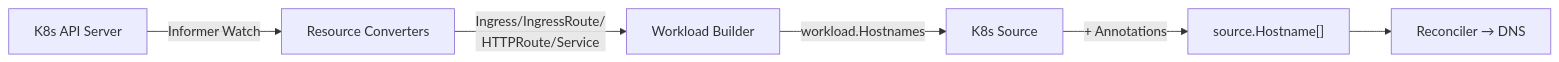
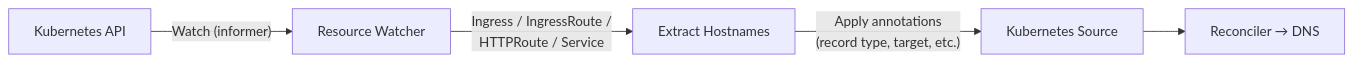
Before and after one commit to AnotherGenZ/dnsweaver: the diagram in docs/sources/kubernetes.md, drawn with Mermaid. The commit also changed 13 other files, not shown here.

````diff
--- a/docs/sources/kubernetes.md
+++ b/docs/sources/kubernetes.md
@@ -13,8 +13,7 @@
 ```mermaid
 flowchart LR
-    A["K8s API Server"] -->|"Informer Watch"| B["Resource Converters"]
-    B -->|"Ingress/IngressRoute/<br/>HTTPRoute/Service"| C["Workload Builder"]
-    C -->|"workload.Hostnames"| D["K8s Source"]
-    D -->|"+ Annotations"| E["source.Hostname[]"]
-    E --> F["Reconciler → DNS"]
+    A["Kubernetes API"] -->|"Watch (informer)"| B["Resource Watcher"]
+    B -->|"Ingress / IngressRoute /<br/>HTTPRoute / Service"| C["Extract Hostnames"]
+    C -->|"Apply annotations<br/>(record type, target, etc.)"| D["Kubernetes Source"]
+    D --> E["Reconciler → DNS"]
 ```
````
